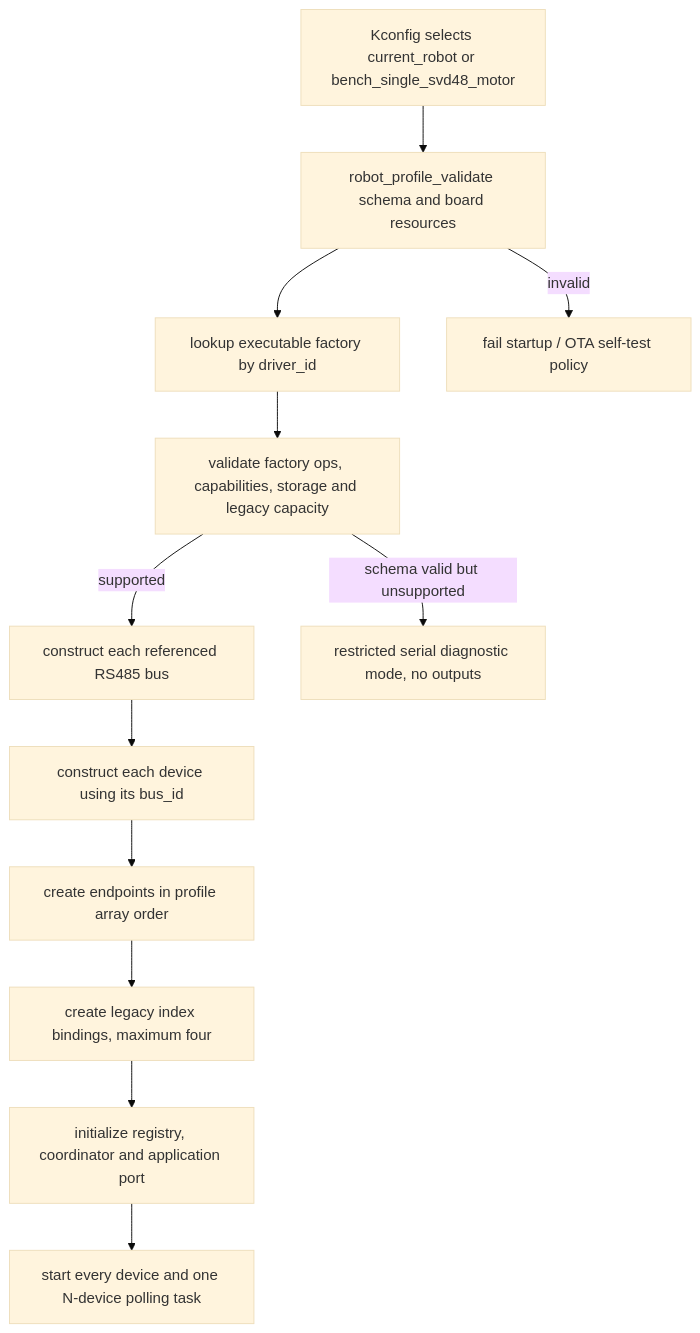
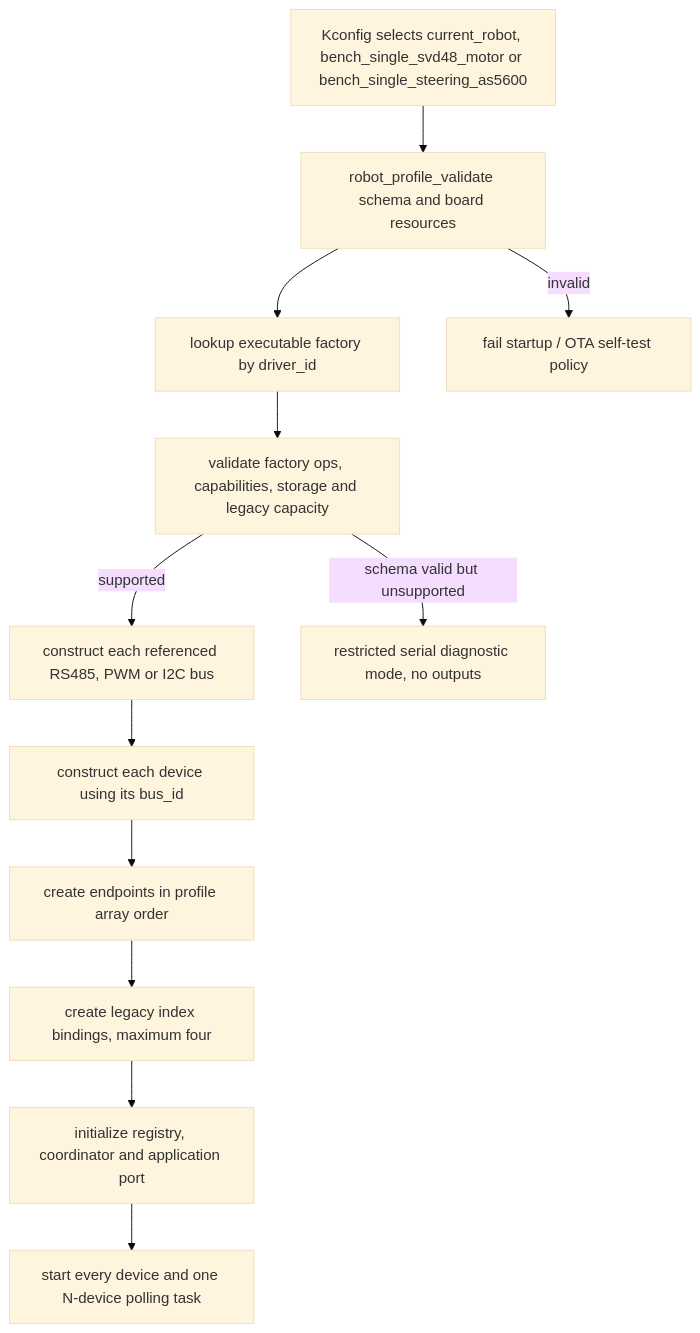
The fourth of 5 diagrams in docs/ARCHITECTURE.md (juanpmz2001/sistema-motriz-rs485), drawn with Mermaid (base theme) before and after one commit. The commit also changed other lines of this file and 63 other files, not shown here.

Commit message:
feat: add AS5600 steering bench integration

````diff
--- a/docs/ARCHITECTURE.md
+++ b/docs/ARCHITECTURE.md
@@ -154,21 +171,21 @@
 ```mermaid
 flowchart TD
-  SELECT[Kconfig selects current_robot or bench_single_svd48_motor]
+  SELECT[Kconfig selects current_robot, bench_single_svd48_motor or bench_single_steering_as5600]
   SCHEMA[robot_profile_validate schema and board resources]
   LOOKUP[lookup executable factory by driver_id]
   CAPACITY[validate factory ops, capabilities, storage and legacy capacity]
-  BUSES[construct each referenced RS485 bus]
+  BUSES[construct each referenced RS485, PWM or I2C bus]
   DEVICES[construct each device using its bus_id]
   ENDPOINTS[create endpoints in profile array order]
   LEGACY[create legacy index bindings, maximum four]
   APP[initialize registry, coordinator and application port]
   START[start every device and one N-device polling task]
   DIAG[restricted serial diagnostic mode, no outputs]
   FAIL[fail startup / OTA self-test policy]
 
   SELECT --> SCHEMA
   SCHEMA -->|invalid| FAIL
   SCHEMA --> LOOKUP --> CAPACITY
   CAPACITY -->|schema valid but unsupported| DIAG
   CAPACITY -->|supported| BUSES --> DEVICES --> ENDPOINTS --> LEGACY --> APP --> START
 ```
````
